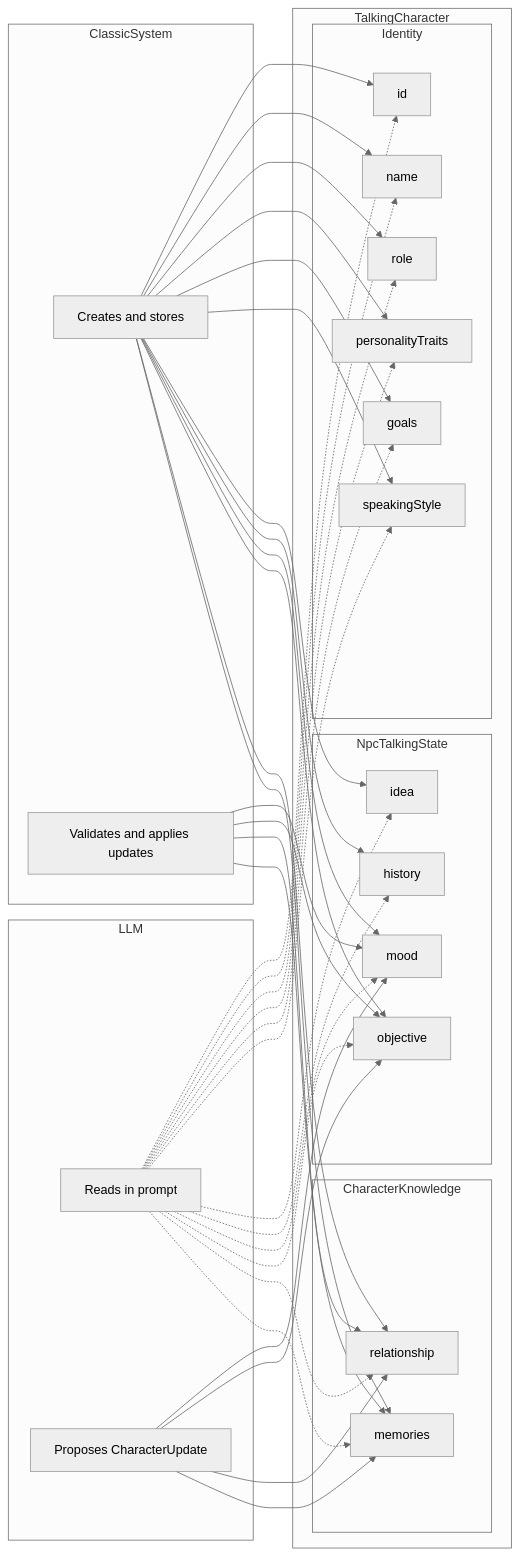
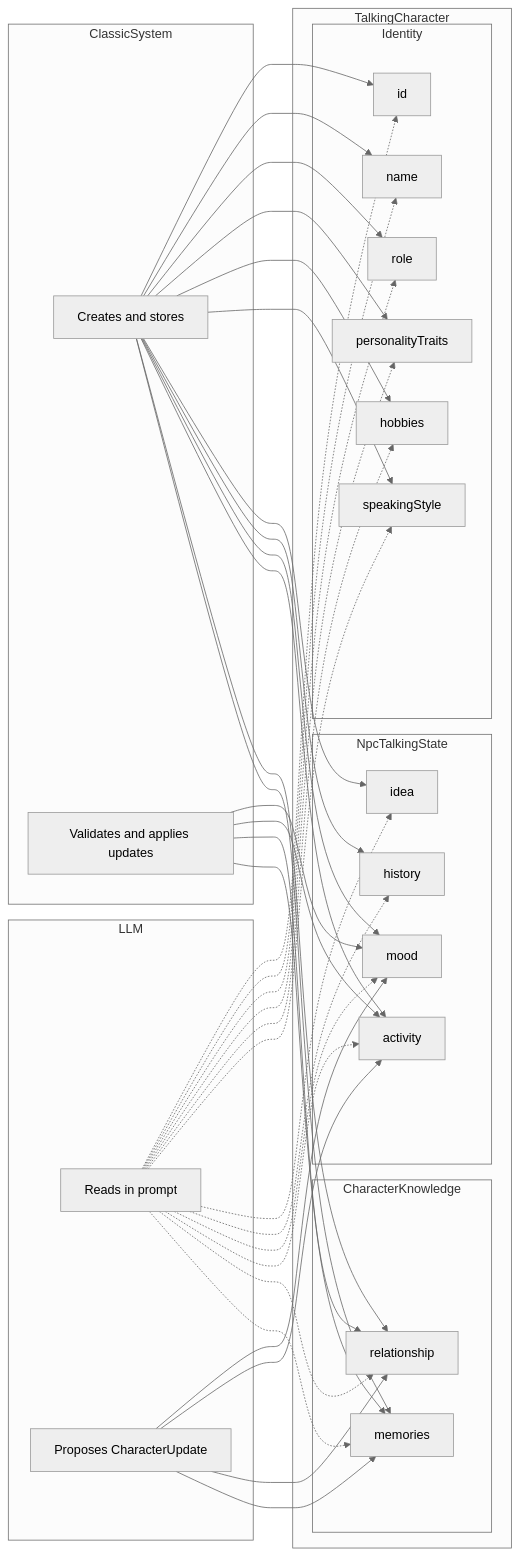
One commit to AntPlc/animal-talking-core changed the second of 3 diagrams in docs/INTERFACE_CONTRACT.md. Above: the diagram before and after it, drawn with Mermaid (neutral theme). The commit also changed other lines of this file and 10 other files, not shown here.

````diff
--- a/docs/INTERFACE_CONTRACT.md
+++ b/docs/INTERFACE_CONTRACT.md
@@ -224,71 +238,71 @@
 ```mermaid
 flowchart LR
   subgraph classicSystem [ClassicSystem]
     hostWrite["Creates and stores"]
     hostApply["Validates and applies updates"]
   end
 
   subgraph npcData [TalkingCharacter]
     subgraph identity [Identity]
       idField["id"]
       nameField["name"]
       roleField["role"]
       traitsField["personalityTraits"]
-      goalsField["goals"]
+      hobbiesField["hobbies"]
       styleField["speakingStyle"]
     end
 
     subgraph talkingState [NpcTalkingState]
       ideaField["idea"]
       historyField["history"]
       moodField["mood"]
-      objectiveField["objective"]
+      activityField["activity"]
     end
 
     subgraph knowledge [CharacterKnowledge]
       relationshipField["relationship"]
       memoriesField["memories"]
     end
   end
 
   subgraph llm [LLM]
     llmRead["Reads in prompt"]
     llmPropose["Proposes CharacterUpdate"]
   end
 
   hostWrite --> idField
   hostWrite --> nameField
   hostWrite --> roleField
   hostWrite --> traitsField
-  hostWrite --> goalsField
+  hostWrite --> hobbiesField
   hostWrite --> styleField
   hostWrite --> ideaField
   hostWrite --> historyField
   hostWrite --> moodField
-  hostWrite --> objectiveField
+  hostWrite --> activityField
   hostWrite --> relationshipField
   hostWrite --> memoriesField
 
   llmRead -.-> idField
   llmRead -.-> nameField
   llmRead -.-> roleField
   llmRead -.-> traitsField
-  llmRead -.-> goalsField
+  llmRead -.-> hobbiesField
   llmRead -.-> styleField
   llmRead -.-> ideaField
   llmRead -.-> historyField
   llmRead -.-> moodField
-  llmRead -.-> objectiveField
+  llmRead -.-> activityField
   llmRead -.-> relationshipField
   llmRead -.-> memoriesField
 
   llmPropose --> moodField
-  llmPropose --> objectiveField
+  llmPropose --> activityField
   llmPropose --> relationshipField
   llmPropose --> memoriesField
 
   hostApply --> moodField
-  hostApply --> objectiveField
+  hostApply --> activityField
   hostApply --> relationshipField
   hostApply --> memoriesField
 ```
````
